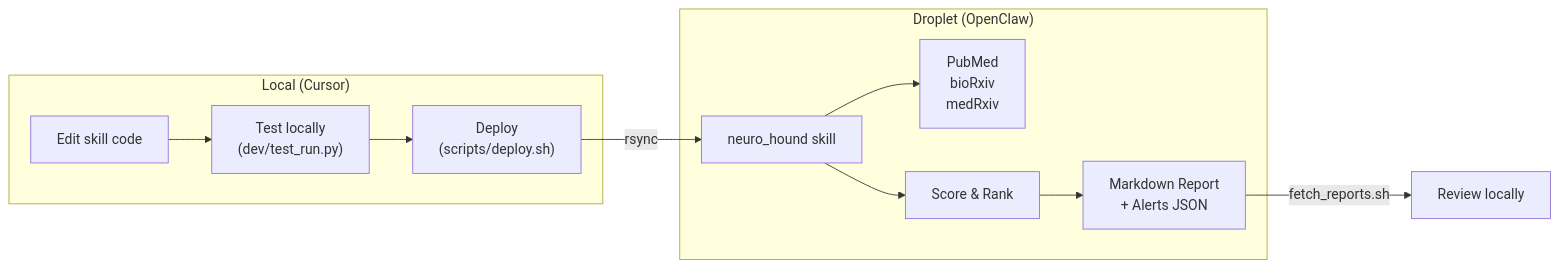
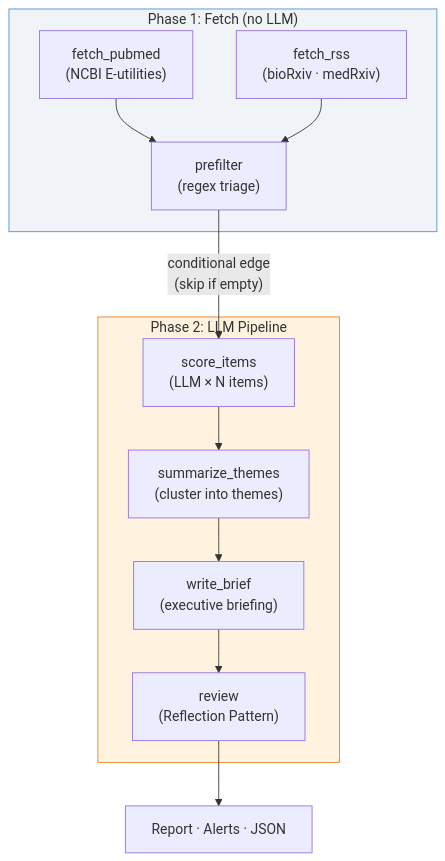
One commit to kgrajski/neurotech_newshound changed the diagram in README.md. Above: the diagram before and after it, drawn with Mermaid. The commit also changed other lines of this file, not shown here.

Commit message:
Update README for public repo: Phase 2 architecture, sample output, design patterns

````diff
--- a/README.md
+++ b/README.md
@@ -9,16 +26,20 @@
 ```mermaid
-flowchart LR
-    subgraph local ["Local (Cursor)"]
-        A["Edit skill code"] --> B["Test locally<br>(dev/test_run.py)"]
-        B --> C["Deploy<br>(scripts/deploy.sh)"]
+flowchart TD
+    subgraph fetch ["Phase 1: Fetch (no LLM)"]
+        A["fetch_pubmed<br>(NCBI E-utilities)"] --> C["prefilter<br>(regex triage)"]
+        B["fetch_rss<br>(bioRxiv · medRxiv)"] --> C
     end
 
-    subgraph droplet ["Droplet (OpenClaw)"]
-        D["neuro_hound skill"] --> E["PubMed<br>bioRxiv<br>medRxiv"]
-        D --> F["Score & Rank"]
-        F --> G["Markdown Report<br>+ Alerts JSON"]
+    C -->|"conditional edge<br>(skip if empty)"| D
+
+    subgraph llm ["Phase 2: LLM Pipeline"]
+        D["score_items<br>(LLM × N items)"] --> E["summarize_themes<br>(cluster into themes)"]
+        E --> F["write_brief<br>(executive briefing)"]
+        F --> G["review<br>(Reflection Pattern)"]
     end
 
-    C -->|rsync| D
-    G -->|fetch_reports.sh| H["Review locally"]
+    G --> H["Report · Alerts · JSON"]
+
+    style fetch fill:#f0f4f8,stroke:#4a90d9
+    style llm fill:#fff3e0,stroke:#e67e22
 ```
````
